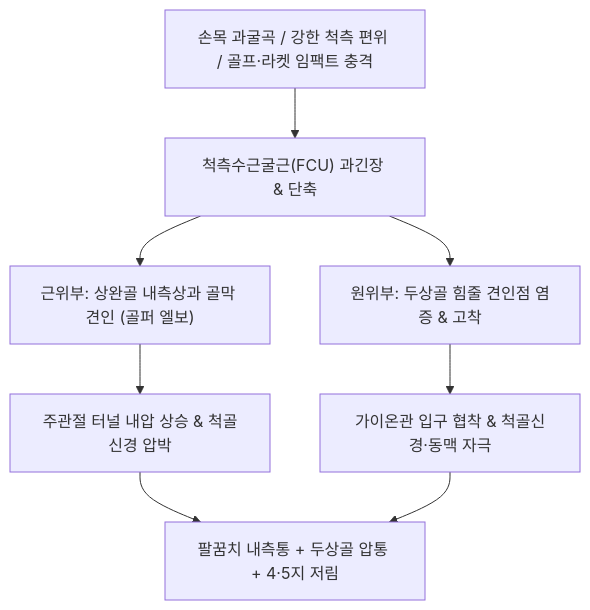
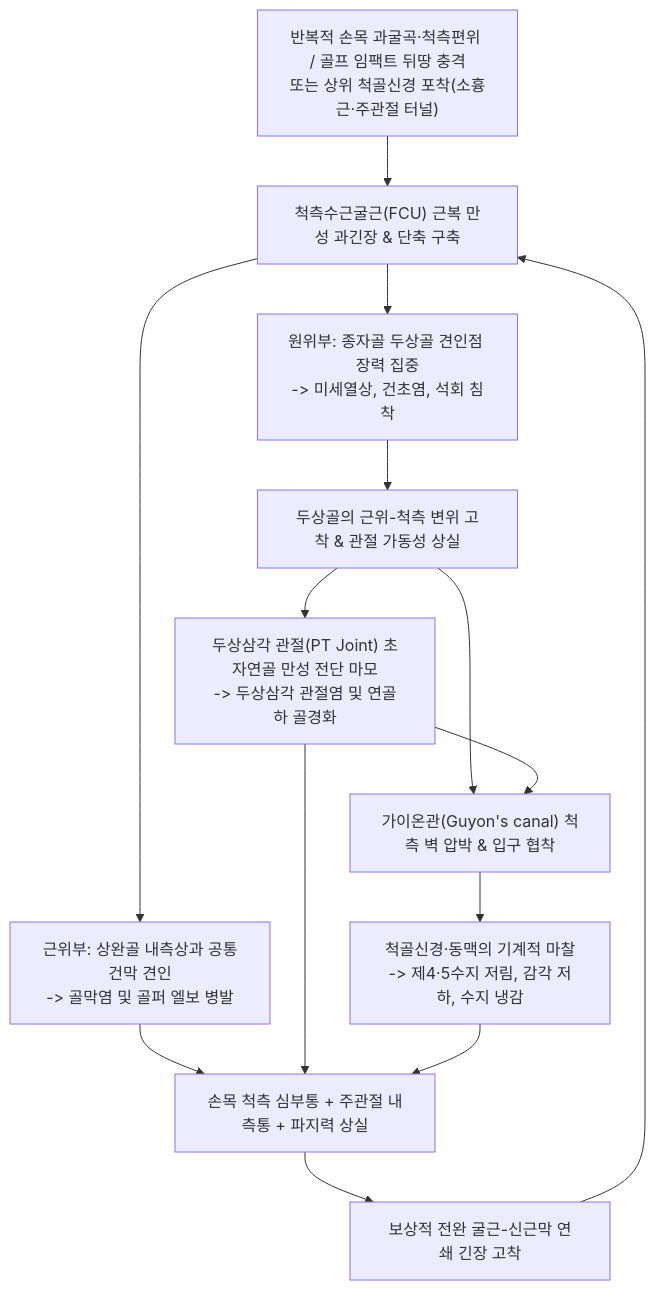
The first of 2 diagrams in content/3. 이론 공부/질환/근골격계 질환/상지/척측수근굴근 증후군.md (simbio11/simbio-digital-garden2), drawn with Mermaid before and after one commit. The commit also changed other lines of this file and 350 other files, not shown here.

````diff
--- a/content/3. 이론 공부/질환/근골격계 질환/상지/척측수근굴근 증후군.md
+++ b/content/3. 이론 공부/질환/근골격계 질환/상지/척측수근굴근 증후군.md
@@ -75,9 +131,17 @@
 ```mermaid
 graph TD
-    Cause["손목 과굴곡 / 강한 척측 편위 / 골프·라켓 임팩트 충격"] --> Overload["척측수근굴근(FCU) 과긴장 & 단축"]
-    Overload --> Proximal["근위부: 상완골 내측상과 골막 견인 (골퍼 엘보)"]
-    Overload --> Distal["원위부: 두상골 힘줄 견인점 염증 & 고착"]
-    Proximal --> Cubital["주관절 터널 내압 상승 & 척골신경 압박"]
-    Distal --> Guyon["가이온관 입구 협착 & 척골신경·동맥 자극"]
-    Cubital & Guyon --> Symptom["팔꿈치 내측통 + 두상골 압통 + 4·5지 저림"]
+    A["반복적 손목 과굴곡·척측편위 / 골프 임팩트 뒤땅 충격<br>또는 상위 척골신경 포착(소흉근·주관절 터널)"] --> B["척측수근굴근(FCU) 근복 만성 과긴장 & 단축 구축"]
+    
+    B --> C1["근위부: 상완골 내측상과 공통건막 견인<br>-> 골막염 및 골퍼 엘보 병발"]
+    B --> C2["원위부: 종자골 두상골 견인점 장력 집중<br>-> 미세열상, 건초염, 석회 침착"]
+    
+    C2 --> D["두상골의 근위-척측 변위 고착 & 관절 가동성 상실"]
+    D --> E["두상삼각 관절(PT Joint) 초자연골 만성 전단 마모<br>-> 두상삼각 관절염 및 연골하 골경화"]
+    
+    D & E --> F["가이온관(Guyon's canal) 척측 벽 압박 & 입구 협착"]
+    F --> G["척골신경·동맥의 기계적 마찰<br>-> 제4·5수지 저림, 감각 저하, 수지 냉감"]
+    
+    C1 & E & G --> H["손목 척측 심부통 + 주관절 내측통 + 파지력 상실"]
+    H --> I["보상적 전완 굴근-신근막 연쇄 긴장 고착"]
+    I --> B
 ```
````
